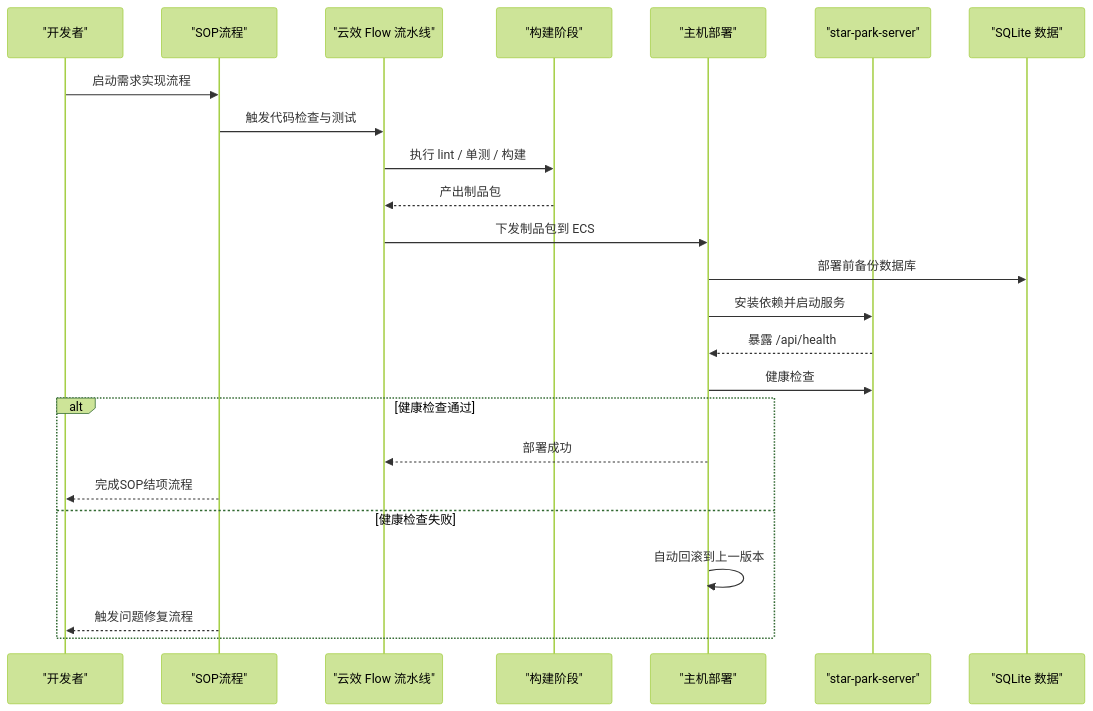
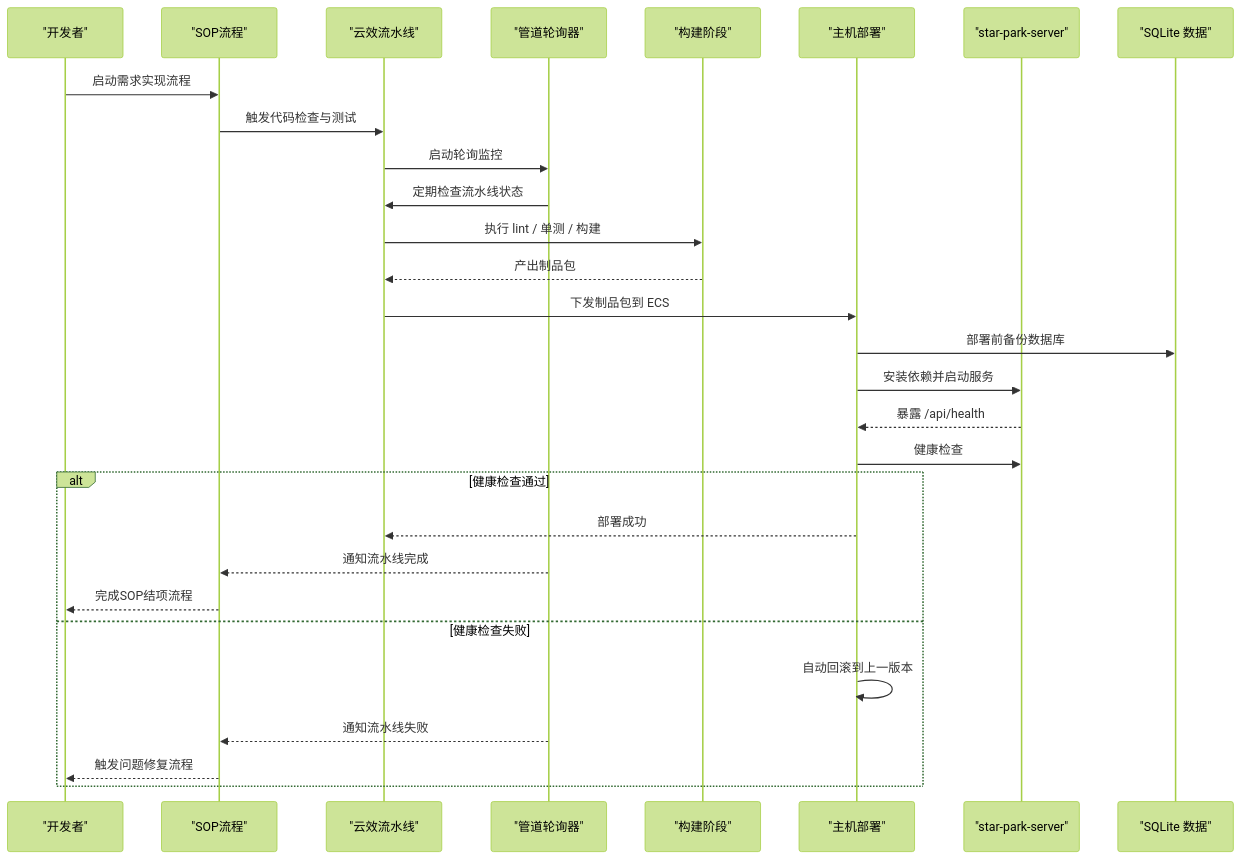
One commit to dawny123123/StarParadise changed the first of 2 diagrams in .qoder/repowiki/zh/content/当前状态与演进方向/CI_CD 与自动化部署/CI_CD 与自动化部署.md. Above: the diagram before and after it, drawn with Mermaid (forest theme). The commit also changed other lines of this file and 71 other files, not shown here.

````diff
--- a/.qoder/repowiki/zh/content/当前状态与演进方向/CI_CD 与自动化部署/CI_CD 与自动化部署.md
+++ b/.qoder/repowiki/zh/content/当前状态与演进方向/CI_CD 与自动化部署/CI_CD 与自动化部署.md
@@ -44,26 +52,31 @@
 ```mermaid
 sequenceDiagram
 participant Dev as "开发者"
 participant SOP as "SOP流程"
-participant Flow as "云效 Flow 流水线"
+participant Pipeline as "云效流水线"
+participant Poller as "管道轮询器"
 participant Build as "构建阶段"
 participant Deploy as "主机部署"
 participant App as "star-park-server"
 participant DB as "SQLite 数据"
 Dev->>SOP : 启动需求实现流程
-SOP->>Flow : 触发代码检查与测试
-Flow->>Build : 执行 lint / 单测 / 构建
-Build-->>Flow : 产出制品包
-Flow->>Deploy : 下发制品包到 ECS
+SOP->>Pipeline : 触发代码检查与测试
+Pipeline->>Poller : 启动轮询监控
+Poller->>Pipeline : 定期检查流水线状态
+Pipeline->>Build : 执行 lint / 单测 / 构建
+Build-->>Pipeline : 产出制品包
+Pipeline->>Deploy : 下发制品包到 ECS
 Deploy->>DB : 部署前备份数据库
 Deploy->>App : 安装依赖并启动服务
 App-->>Deploy : 暴露 /api/health
 Deploy->>App : 健康检查
 alt 健康检查通过
-Deploy-->>Flow : 部署成功
+Deploy-->>Pipeline : 部署成功
+Poller-->>SOP : 通知流水线完成
 SOP-->>Dev : 完成SOP结项流程
 else 健康检查失败
 Deploy->>Deploy : 自动回滚到上一版本
+Poller-->>SOP : 通知流水线失败
 SOP-->>Dev : 触发问题修复流程
 end
 ```
````
